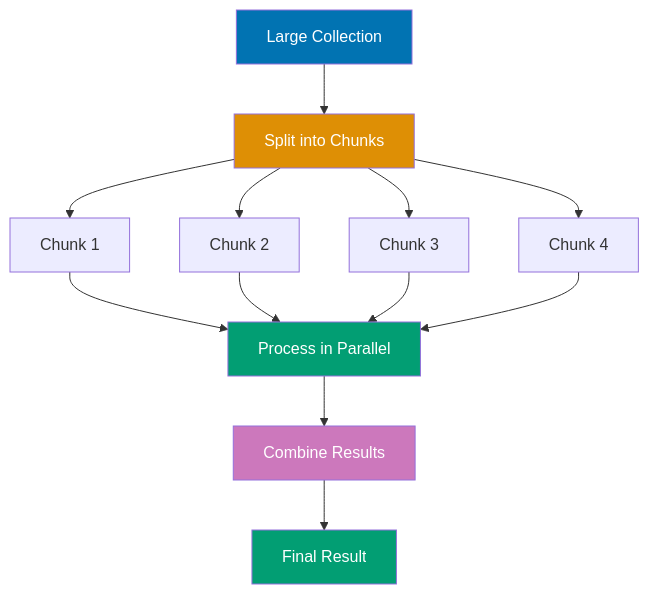
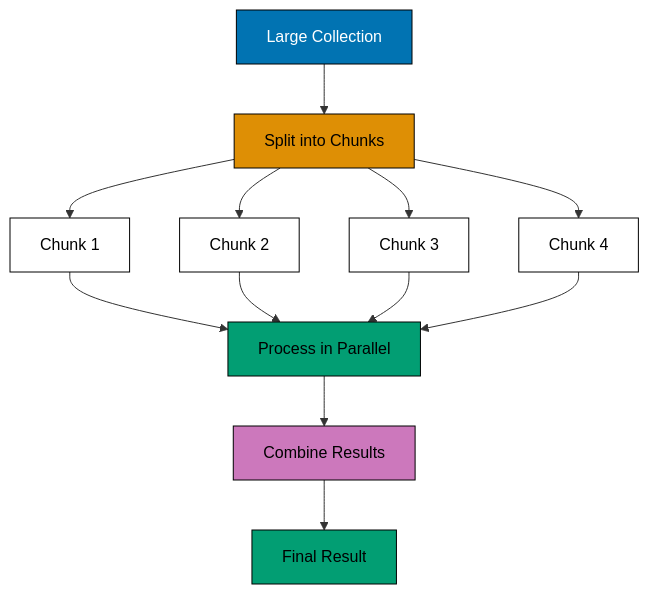
The fifth of 13 diagrams in apps/ayokoding-www/content/en/learn/legacy/software-engineering/programming-languages/clojure/by-example/advanced.md (wahidyankf/ose-public), drawn with Mermaid before and after one commit. The commit also changed other lines of this file and 112 other files, not shown here.

First line of the commit message:
fix(mermaid): bring the legacy programming-languages diagrams onto the accessible palette

````diff
--- a/apps/ayokoding-www/content/en/learn/legacy/software-engineering/programming-languages/clojure/by-example/advanced.md
+++ b/apps/ayokoding-www/content/en/learn/legacy/software-engineering/programming-languages/clojure/by-example/advanced.md
@@ -335,21 +358,28 @@
 ```mermaid
 %% Fork-join parallel processing
 graph TD
+    accTitle: Example 60: Reducers with Fork-Join
+    accDescr: Graph with 9 nodes and 11 connections. Nodes: Large Collection, Split into Chunks, Chunk 1, Chunk 2, Chunk 3, Chunk 4, Process in Parallel, Combine Results, Final Result. Connections: Large Collection to Split into Chunks, Split into Chunks to Chunk 1, Split into Chunks to Chunk 2, Split into Chunks to Chunk 3, Split into Chunks to Chunk 4, Chunk 1 to Process in Parallel, Chunk 2 to Process in Parallel, Chunk 3 to Process in Parallel, Chunk 4 to Process in Parallel, Process in Parallel to Combine Results, Combine Results to Final Result.
     A[Large Collection] --> B[Split into Chunks]
     B --> C[Chunk 1]
     B --> D[Chunk 2]
     B --> E[Chunk 3]
     B --> F[Chunk 4]
     C --> G[Process in Parallel]
     D --> G
     E --> G
     F --> G
     G --> H[Combine Results]
     H --> I[Final Result]
 
-    style A fill:#0173B2,color:#fff
-    style B fill:#DE8F05,color:#fff
-    style G fill:#029E73,color:#fff
-    style H fill:#CC78BC,color:#fff
-    style I fill:#029E73,color:#fff
+    classDef pal-0173B2 fill:#0173B2,stroke:#000000,color:#FFFFFF
+    class A pal-0173B2
+    classDef pal-DE8F05 fill:#DE8F05,stroke:#000000,color:#000000
+    class B pal-DE8F05
+    classDef pal-029E73 fill:#029E73,stroke:#000000,color:#000000
+    class G pal-029E73
+    classDef pal-CC78BC fill:#CC78BC,stroke:#000000,color:#000000
+    class H pal-CC78BC
+    class I pal-029E73
+    classDef default fill:#FFFFFF,stroke:#000000,color:#000000
 ```
````
